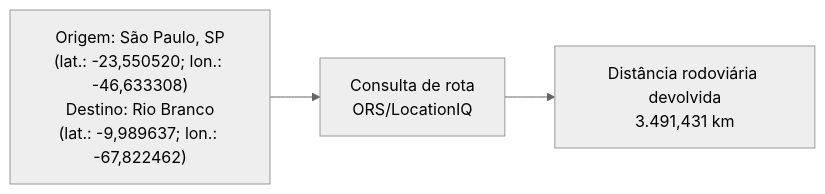
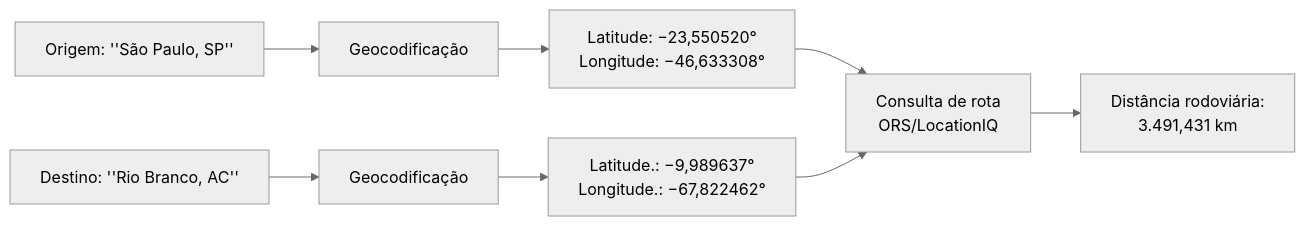
One commit to pennylanesccp/cabotage-lens changed the third of 8 diagrams in docs/tf_technical_article_draft.md. Above: the diagram before and after it, drawn with Mermaid (neutral theme). The commit also changed other lines of this file, not shown here.

````diff
--- a/docs/tf_technical_article_draft.md
+++ b/docs/tf_technical_article_draft.md
@@ -526,5 +530,8 @@
 ```mermaid
 flowchart LR
-    A["Origem: São Paulo, SP<br/>(lat.: -23,550520; lon.: -46,633308)<br/>Destino: Rio Branco<br/>(lat.: -9,989637; lon.: -67,822462)"] --> R["Consulta de rota<br/>ORS/LocationIQ"]
-    R --> D["Distância rodoviária devolvida<br/>3.491,431 km"]
+    A["Origem: ''São Paulo, SP''"] --> R["Geocodificação"]
+    B["Destino: ''Rio Branco, AC''"] --> S["Geocodificação"]
+    R --> C["Latitude: −23,550520°<br/>Longitude: −46,633308°"] --> T["Consulta de rota<br/>ORS/LocationIQ"]
+    S --> D["Latitude.: −9,989637°<br/>Longitude.: −67,822462°"]  --> T
+    T --> E["Distância rodoviária:<br/>3.491,431 km"]
 ```
````
